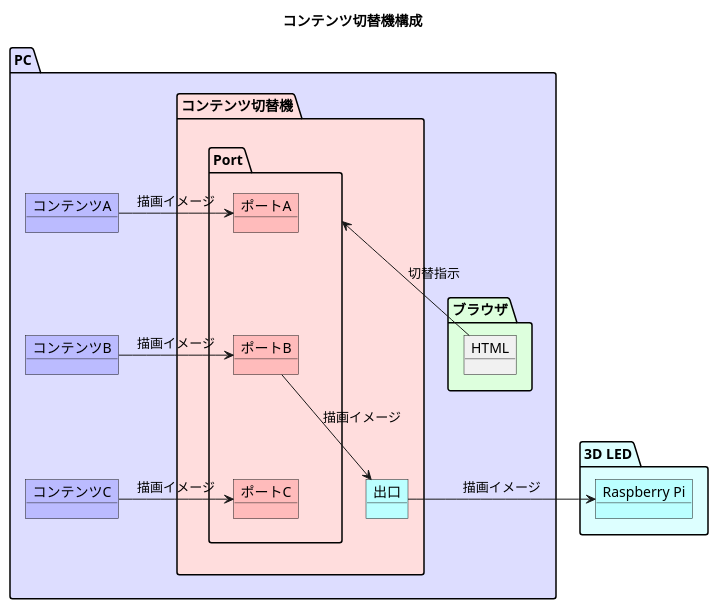
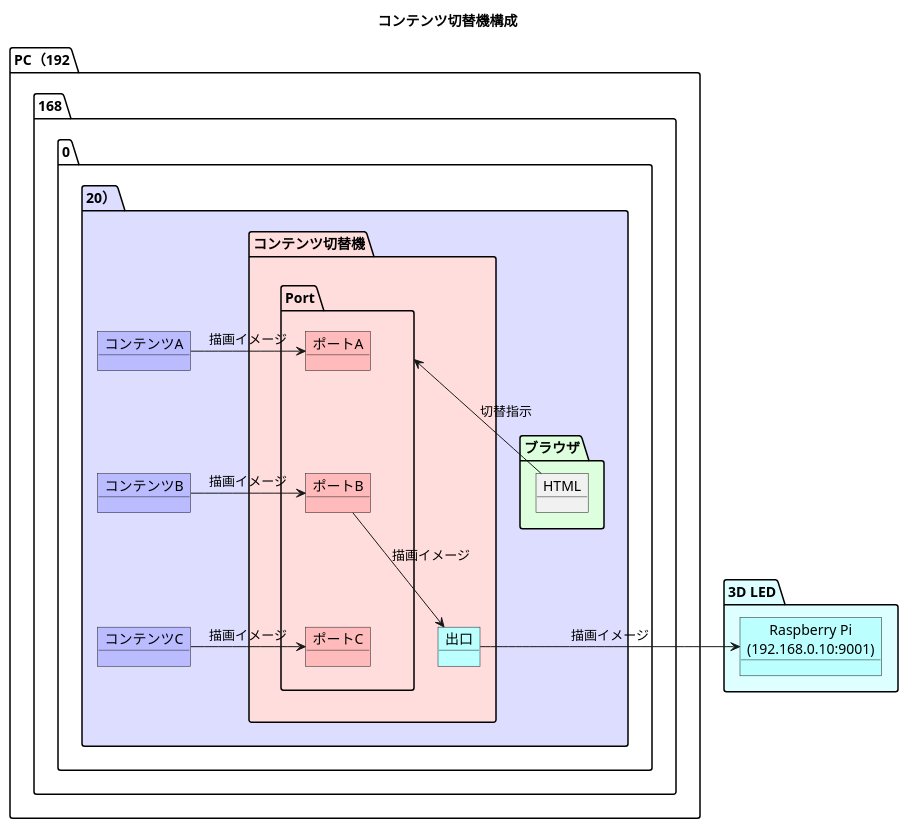
Before and after one commit to 3dLedCubu/select_contents: the diagram in spec/spec.plantuml, drawn with PlantUML. The commit also changed 2 other files, not shown here.

```diff
--- a/spec/spec.plantuml
+++ b/spec/spec.plantuml
@@ -1,34 +1,34 @@
 @startuml
 title コンテンツ切替機構成
 
-package PC #ddf {
+package PC（192.168.0.20） #ddf {
   object "コンテンツA" as contenta #bbf
   object "コンテンツB" as contentb #bbf
   object "コンテンツC" as contentc #bbf
   contenta -[hidden]-> contentb
   contentb -[hidden]-> contentc
   package "コンテンツ切替機" as selector #fdd {
     package Port {
       object "ポートA" as porta #fbb
       object "ポートB" as portb #fbb
       object "ポートC" as portc #fbb
       porta -[hidden]-> portb
       portb -[hidden]-> portc
     }
     contenta -> porta : 描画イメージ
     contentb -> portb : 描画イメージ
     contentc -> portc : 描画イメージ
     object "出口" as exit #bff
     portb --> exit : 描画イメージ
   }
   package "ブラウザ" as browser #dfd {
     object HTML
   }
   HTML -u-> Port : 切替指示
 }
 package "3D LED" as 3dled #dff {
-  object "Raspberry Pi" as rp #bff
+  object "Raspberry Pi\n(192.168.0.10:9001)" as rp #bff
 }
 exit -> rp : 描画イメージ
 
 @enduml
```
